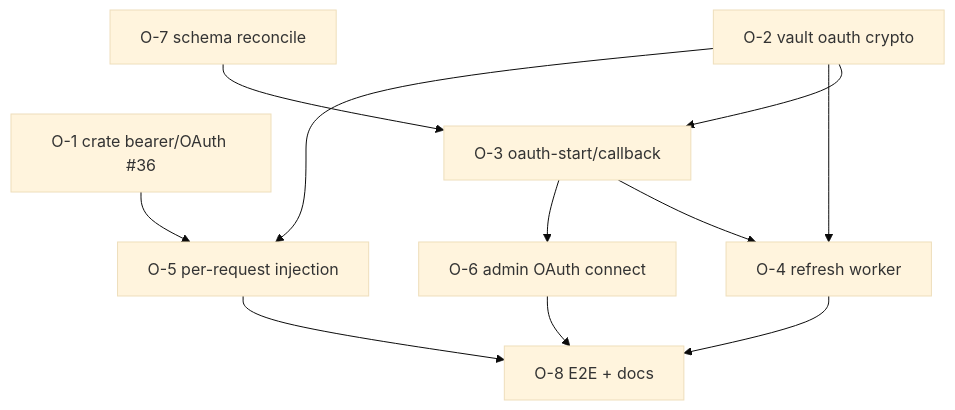
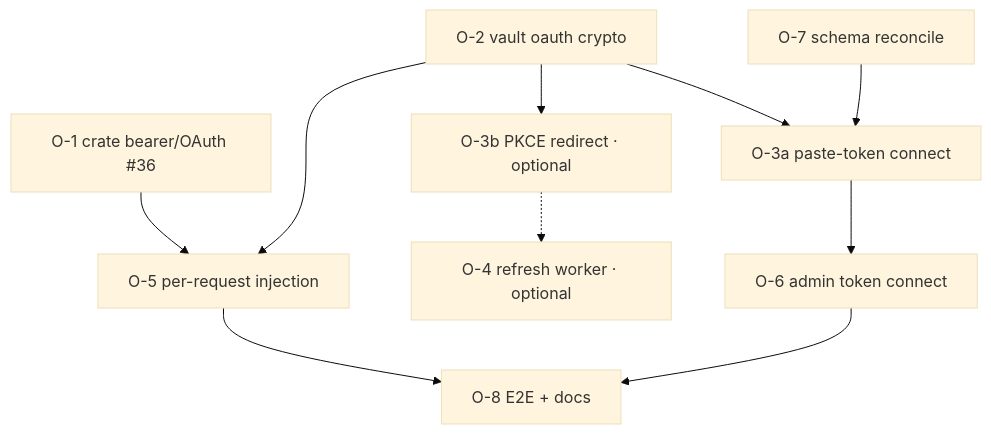
One commit to sensei-hq/torii changed the diagram in docs/plans/f3-oauth-credential-vault-plan.md. Above: the diagram before and after it, drawn with Mermaid (base theme). The commit also changed other lines of this file and 1 other file, not shown here.

First line of the commit message:
docs: resolve #16 OAuth acquisition — paste-token (ToS-safe) + config-driven PKCE

````diff
--- a/docs/plans/f3-oauth-credential-vault-plan.md
+++ b/docs/plans/f3-oauth-credential-vault-plan.md
@@ -154,13 +179,12 @@
 ```mermaid
 graph TD
   O1[O-1 crate bearer/OAuth #36] --> O5[O-5 per-request injection]
-  O2[O-2 vault oauth crypto] --> O3[O-3 oauth-start/callback]
-  O7[O-7 schema reconcile] --> O3
-  O2 --> O4[O-4 refresh worker]
-  O3 --> O4
+  O2[O-2 vault oauth crypto] --> O3a[O-3a paste-token connect]
+  O7[O-7 schema reconcile] --> O3a
+  O2 --> O3b[O-3b PKCE redirect · optional]
+  O3b -.-> O4[O-4 refresh worker · optional]
   O2 --> O5
-  O3 --> O6[O-6 admin OAuth connect]
-  O4 --> O8[O-8 E2E + docs]
-  O5 --> O8
+  O3a --> O6[O-6 admin token connect]
+  O5 --> O8[O-8 E2E + docs]
   O6 --> O8
 ```
````
